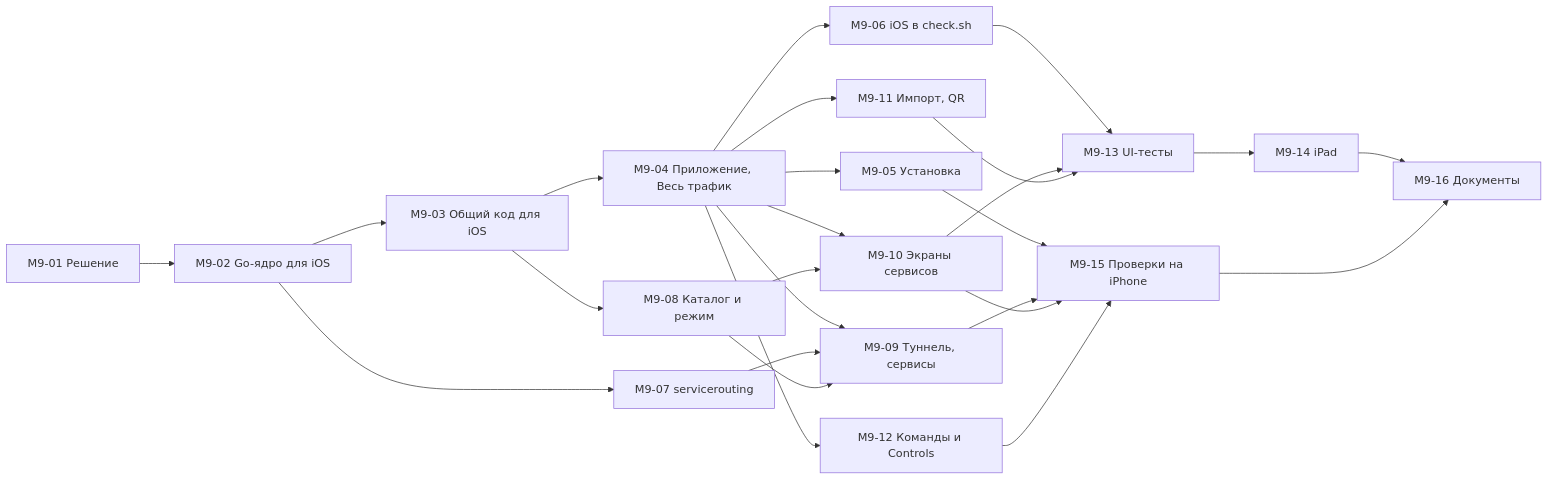
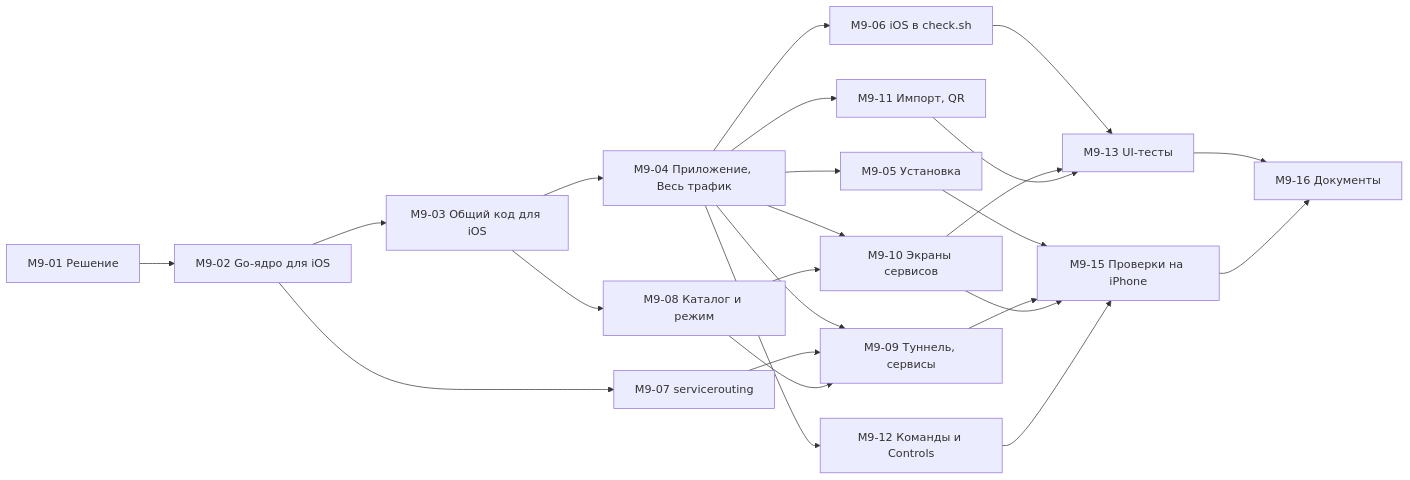
Before and after one commit to facelessdiplomat/splitway: the diagram in docs/05-tasks/M9-ios-personal-build.md, drawn with Mermaid. The commit also changed other lines of this file and 9 other files, not shown here.

````diff
--- a/docs/05-tasks/M9-ios-personal-build.md
+++ b/docs/05-tasks/M9-ios-personal-build.md
@@ -57,18 +57,17 @@
 ```mermaid
 flowchart LR
   T01[M9-01 Решение] --> T02[M9-02 Go-ядро для iOS]
   T02 --> T03[M9-03 Общий код для iOS]
   T03 --> T04[M9-04 Приложение, Весь трафик]
   T04 --> T05[M9-05 Установка]
   T04 --> T06[M9-06 iOS в check.sh]
   T02 --> T07[M9-07 servicerouting]
   T03 --> T08[M9-08 Каталог и режим]
   T04 & T07 & T08 --> T09[M9-09 Туннель, сервисы]
   T04 & T08 --> T10[M9-10 Экраны сервисов]
   T04 --> T11[M9-11 Импорт, QR]
   T04 --> T12[M9-12 Команды и Controls]
   T06 & T10 & T11 --> T13[M9-13 UI-тесты]
-  T13 --> T14[M9-14 iPad]
   T05 & T09 & T10 & T12 --> T15[M9-15 Проверки на iPhone]
-  T14 & T15 --> T16[M9-16 Документы]
+  T13 & T15 --> T16[M9-16 Документы]
 ```
````
